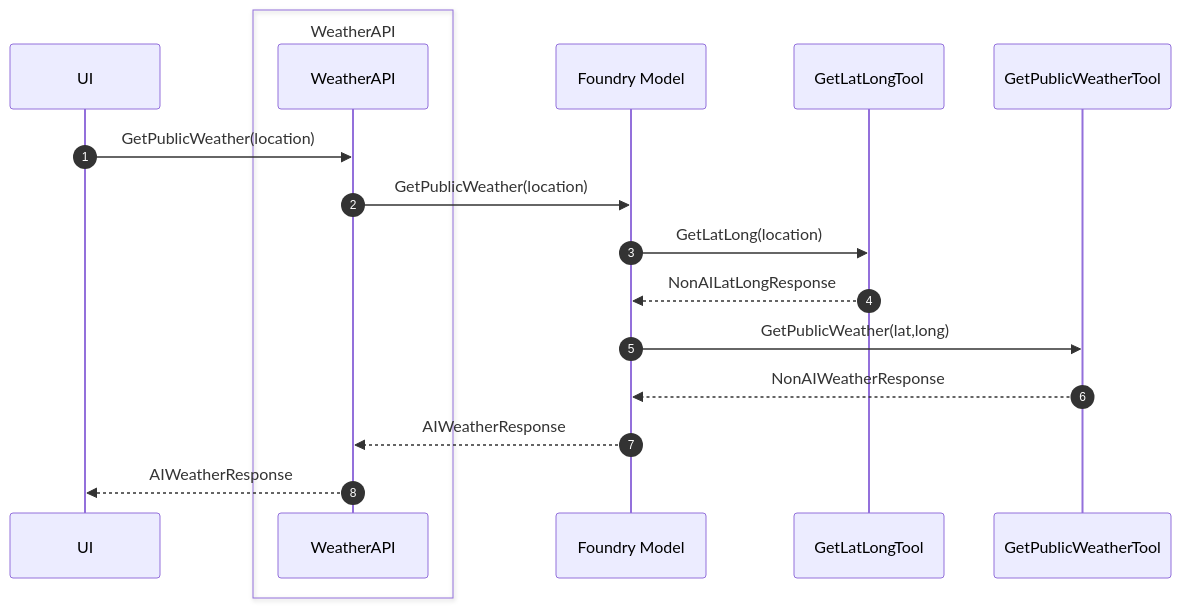
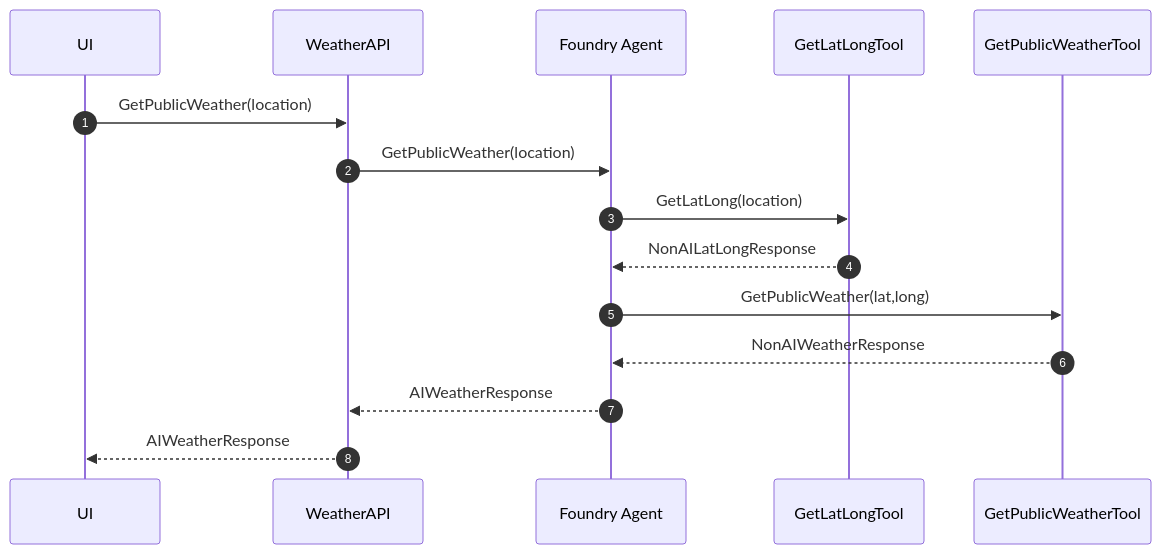
Before and after one commit to dustinkorzaan/weather-1116: the second of 2 diagrams in docs/3-foundry-mcp/agents-models-mcp.md, drawn with Mermaid.

Commit message:
V4 diagram: remove WeatherAPI box, rename Foundry Model to Foundry Agent

````diff
--- a/docs/3-foundry-mcp/agents-models-mcp.md
+++ b/docs/3-foundry-mcp/agents-models-mcp.md
@@ -85,20 +85,18 @@
   ```mermaid
   sequenceDiagram
       autonumber
       participant UI
-      box WeatherAPI
-          participant API as WeatherAPI
-      end
-      participant Model as Foundry Model
+      participant API as WeatherAPI
+      participant Agent as Foundry Agent
       participant GetLatLongTool
       participant GetPublicWeatherTool
 
       UI->>API: GetPublicWeather(location)
-      API->>Model: GetPublicWeather(location)
-      Model->>GetLatLongTool: GetLatLong(location)
-      GetLatLongTool-->>Model: NonAILatLongResponse
-      Model->>GetPublicWeatherTool: GetPublicWeather(lat,long)
-      GetPublicWeatherTool-->>Model: NonAIWeatherResponse
-      Model-->>API: AIWeatherResponse
+      API->>Agent: GetPublicWeather(location)
+      Agent->>GetLatLongTool: GetLatLong(location)
+      GetLatLongTool-->>Agent: NonAILatLongResponse
+      Agent->>GetPublicWeatherTool: GetPublicWeather(lat,long)
+      GetPublicWeatherTool-->>Agent: NonAIWeatherResponse
+      Agent-->>API: AIWeatherResponse
       API-->>UI: AIWeatherResponse
   ```
````
